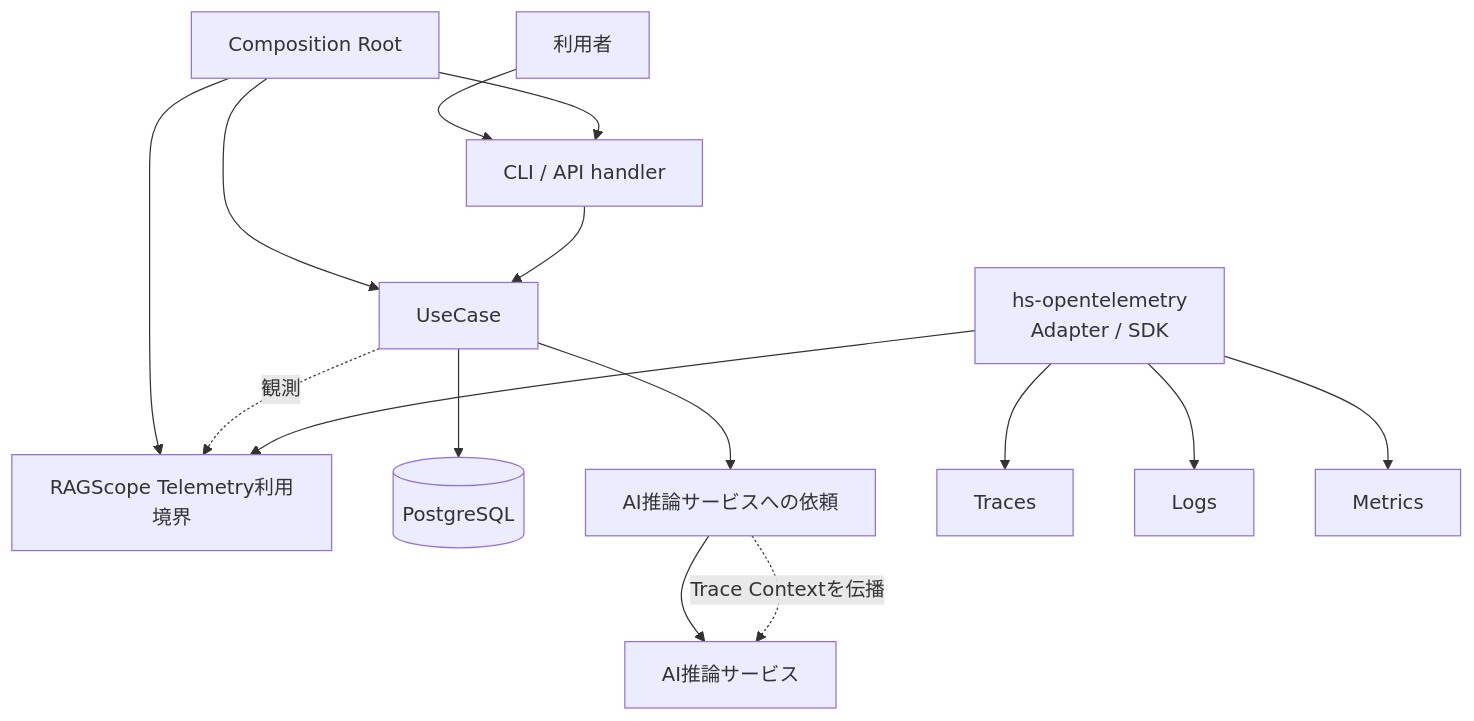
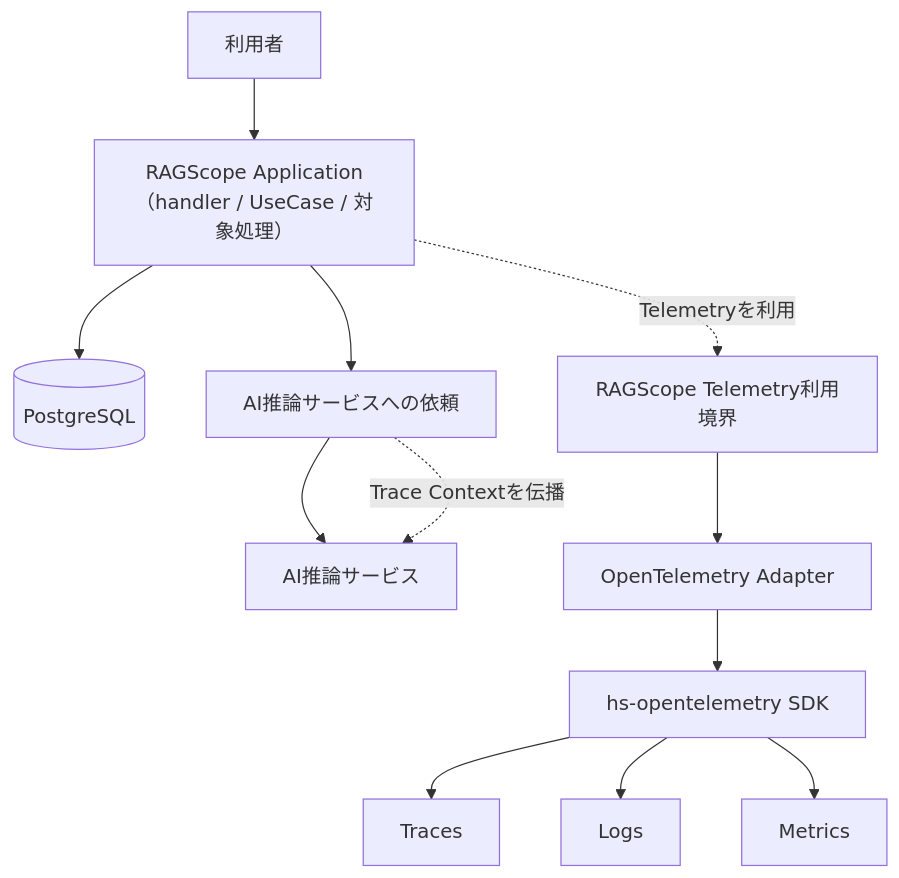
Before and after one commit to takashit16833/Workbench: the first of 2 diagrams in Notes/RAGScope/RAGScopeアプリケーション/RS-0023 Observability設計メモ.md, drawn with Mermaid. The commit also changed other lines of this file, not shown here.

Commit message:
notes: separate observability runtime overview from construction

````diff
--- a/Notes/RAGScope/RAGScopeアプリケーション/RS-0023 Observability設計メモ.md
+++ b/Notes/RAGScope/RAGScopeアプリケーション/RS-0023 Observability設計メモ.md
@@ -38,22 +40,17 @@
 ```mermaid
 flowchart TB
-    USER["利用者"] --> H["CLI / API handler"]
+    USER["利用者"] --> APP["RAGScope Application（handler / UseCase / 対象処理）"]
 
-    CR["Composition Root"] --> H
-    CR --> UC["UseCase"]
-    CR --> TEL["RAGScope Telemetry利用境界"]
-
-    H --> UC
-    UC --> DB[("PostgreSQL")]
-    UC --> AIREQ["AI推論サービスへの依頼"]
+    APP --> DB[("PostgreSQL")]
+    APP --> AIREQ["AI推論サービスへの依頼"]
     AIREQ --> AI["AI推論サービス"]
-
     AIREQ -. "Trace Contextを伝播" .-> AI
 
-    UC -. "観測" .-> TEL
-    OTEL["hs-opentelemetry<br>Adapter / SDK"] --> TEL
+    APP -. "Telemetryを利用" .-> TEL["RAGScope Telemetry利用境界"]
+    TEL --> ADAPTER["OpenTelemetry Adapter"]
+    ADAPTER --> SDK["hs-opentelemetry SDK"]
 
-    OTEL --> TR["Traces"]
-    OTEL --> LG["Logs"]
-    OTEL --> MT["Metrics"]
+    SDK --> TR["Traces"]
+    SDK --> LG["Logs"]
+    SDK --> MT["Metrics"]
 ```
````
